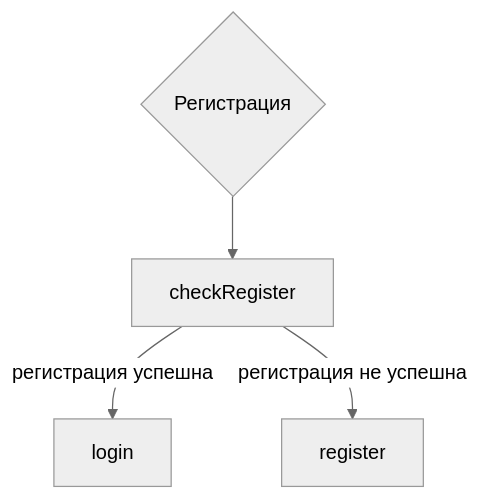
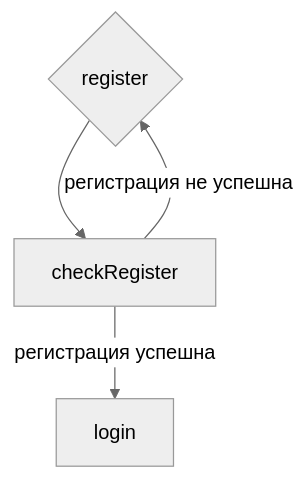
Before and after one commit to KirGenHeart/documentation: the diagram in back-end/pages-main-login-register/1.rerister.md, drawn with Mermaid (neutral theme). The commit also changed other lines of this file and 3 other files, not shown here.

````diff
--- a/back-end/pages-main-login-register/1.rerister.md
+++ b/back-end/pages-main-login-register/1.rerister.md
@@ -3,6 +3,6 @@
 ```mermaid
 graph TD;
-	Регистрация{Регистрация} --> checkRegister
+	register{register} --> checkRegister
 	checkRegister -- регистрация успешна --> login
 	checkRegister -- регистрация не успешна --> register
 ```
````
